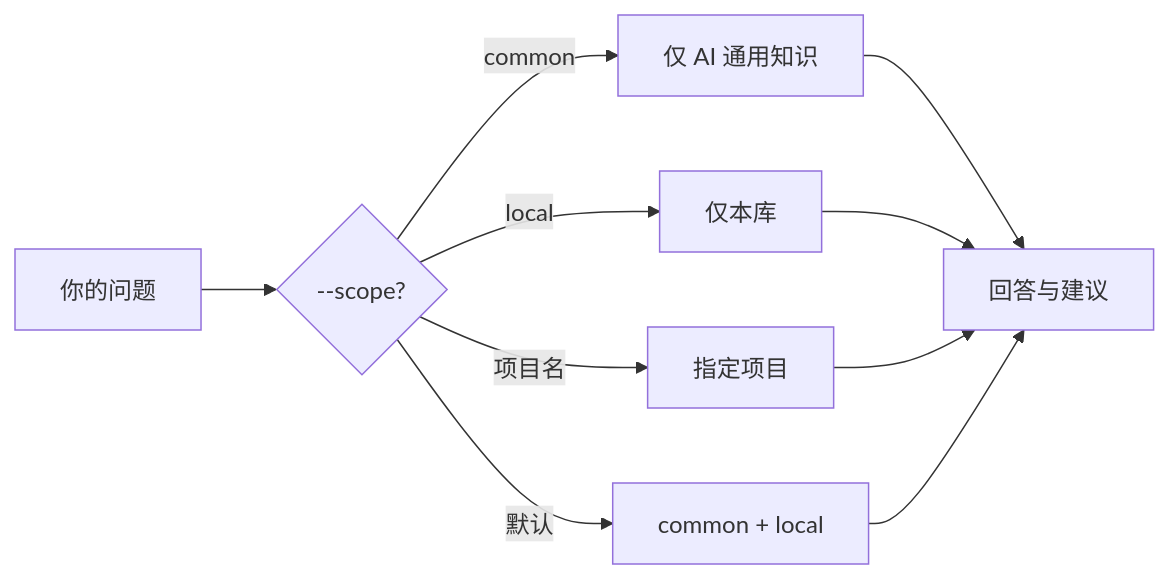
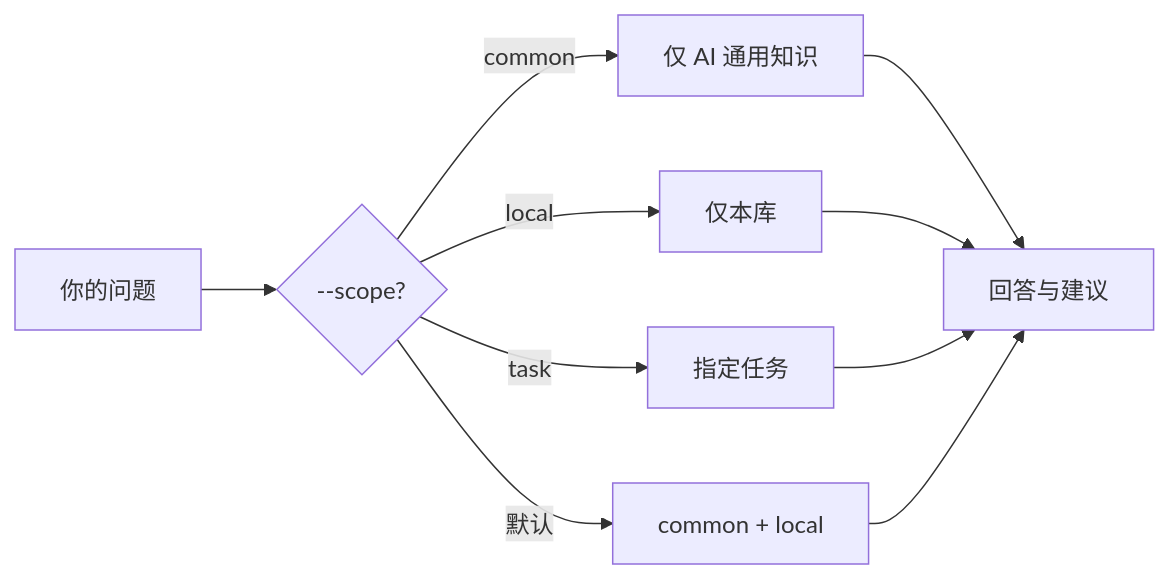
One commit to EvilJoker/pkmskill changed the fifth of 7 diagrams in 文章/Introduce.md. Above: the diagram before and after it, drawn with Mermaid. The commit also changed other lines of this file and 26 other files, not shown here.

````diff
--- a/文章/Introduce.md
+++ b/文章/Introduce.md
@@ -270,12 +272,12 @@
 ```mermaid
 flowchart LR
     Q["你的问题"] --> S{--scope?}
     S -->|common| Common["仅 AI 通用知识"]
     S -->|local| Local["仅本库"]
-    S -->|项目名| Proj["指定项目"]
+    S -->|task| Task["指定任务"]
     S -->|默认| Both["common + local"]
     Common --> Ans["回答与建议"]
     Local --> Ans
-    Proj --> Ans
+    Task --> Ans
     Both --> Ans
 ```
````
